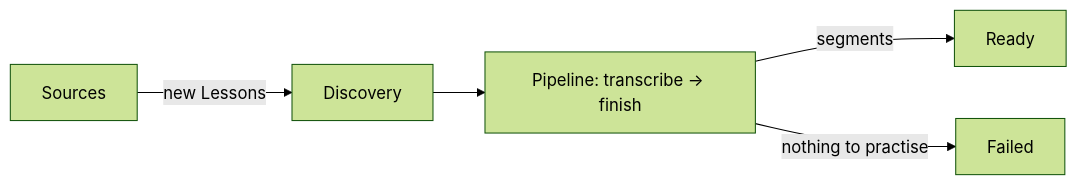
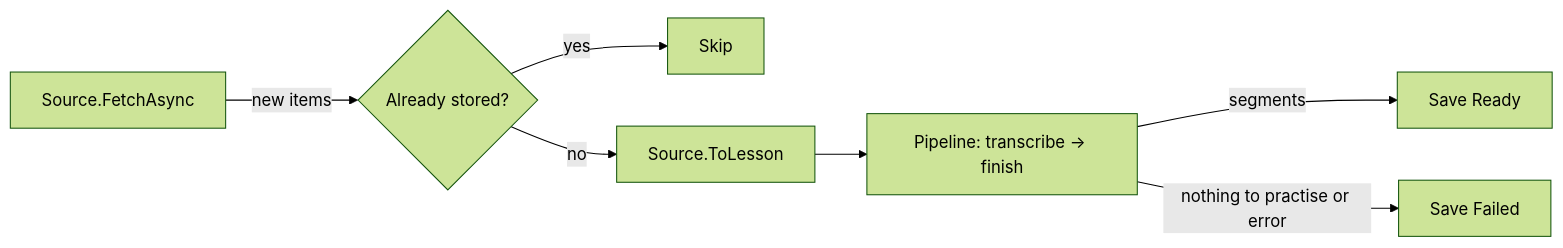
The diagram in _bmad-output/architecture-dictation-practice/architecture-dictation-practice.md (ngominh114/Dictation), drawn with Mermaid (forest theme) before and after one commit. The commit also changed other lines of this file and 39 other files, not shown here.

First line of the commit message:
Import Tatoeba lessons through the step pipeline

````diff
--- a/_bmad-output/architecture-dictation-practice/architecture-dictation-practice.md
+++ b/_bmad-output/architecture-dictation-practice/architecture-dictation-practice.md
@@ -38,7 +40,9 @@
 ```mermaid
 graph LR
-  S[Sources] -->|new Lessons| D[Discovery]
-  D --> P[Pipeline: transcribe → finish]
-  P -->|segments| R[Ready]
-  P -->|nothing to practise| F[Failed]
+  S[Source.FetchAsync] -->|new items| E{Already stored?}
+  E -->|yes| X[Skip]
+  E -->|no| M[Source.ToLesson]
+  M --> P[Pipeline: transcribe → finish]
+  P -->|segments| R[Save Ready]
+  P -->|nothing to practise or error| F[Save Failed]
 ```
````
